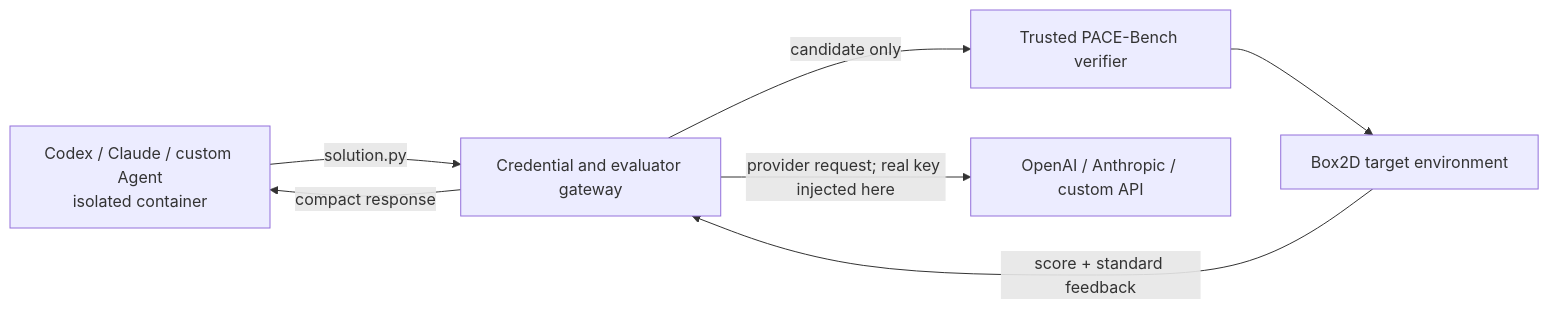
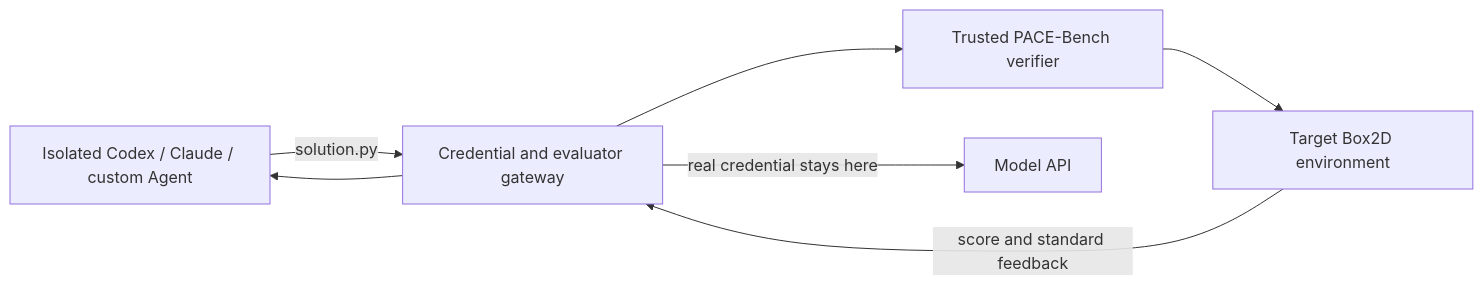
One commit to yuhao-zhan/PACE-Bench changed the second of 2 diagrams in README.md. Above: the diagram before and after it, drawn with Mermaid. The commit also changed other lines of this file and 10 other files, not shown here.

````diff
--- a/README.md
+++ b/README.md
@@ -225,9 +178,9 @@
 ```mermaid
 flowchart LR
-    A[Codex / Claude / custom Agent<br/>isolated container] -->|solution.py| G[Credential and evaluator gateway]
-    G -->|candidate only| V[Trusted PACE-Bench verifier]
-    V --> B[Box2D target environment]
-    B -->|score + standard feedback| G
-    G -->|compact response| A
-    G -->|provider request; real key injected here| P[OpenAI / Anthropic / custom API]
+    A[Isolated Codex / Claude / custom Agent] -->|solution.py| G[Credential and evaluator gateway]
+    G --> V[Trusted PACE-Bench verifier]
+    V --> B[Target Box2D environment]
+    B -->|score and standard feedback| G
+    G --> A
+    G -->|real credential stays here| P[Model API]
 ```
````
